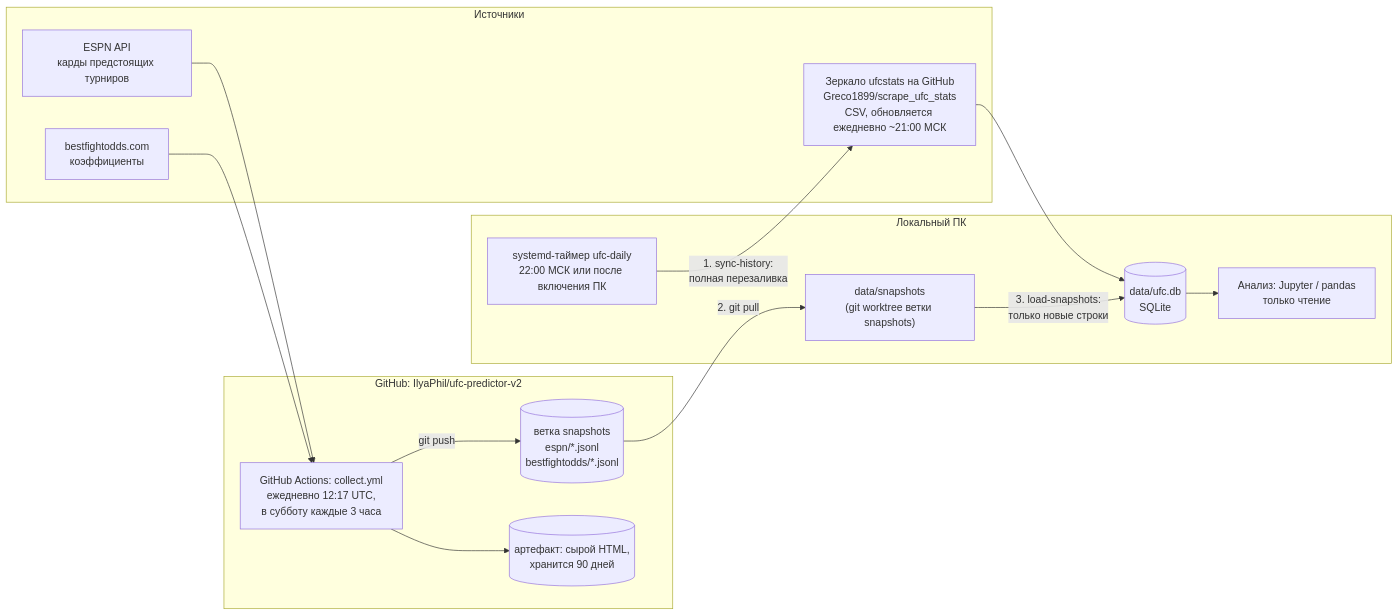
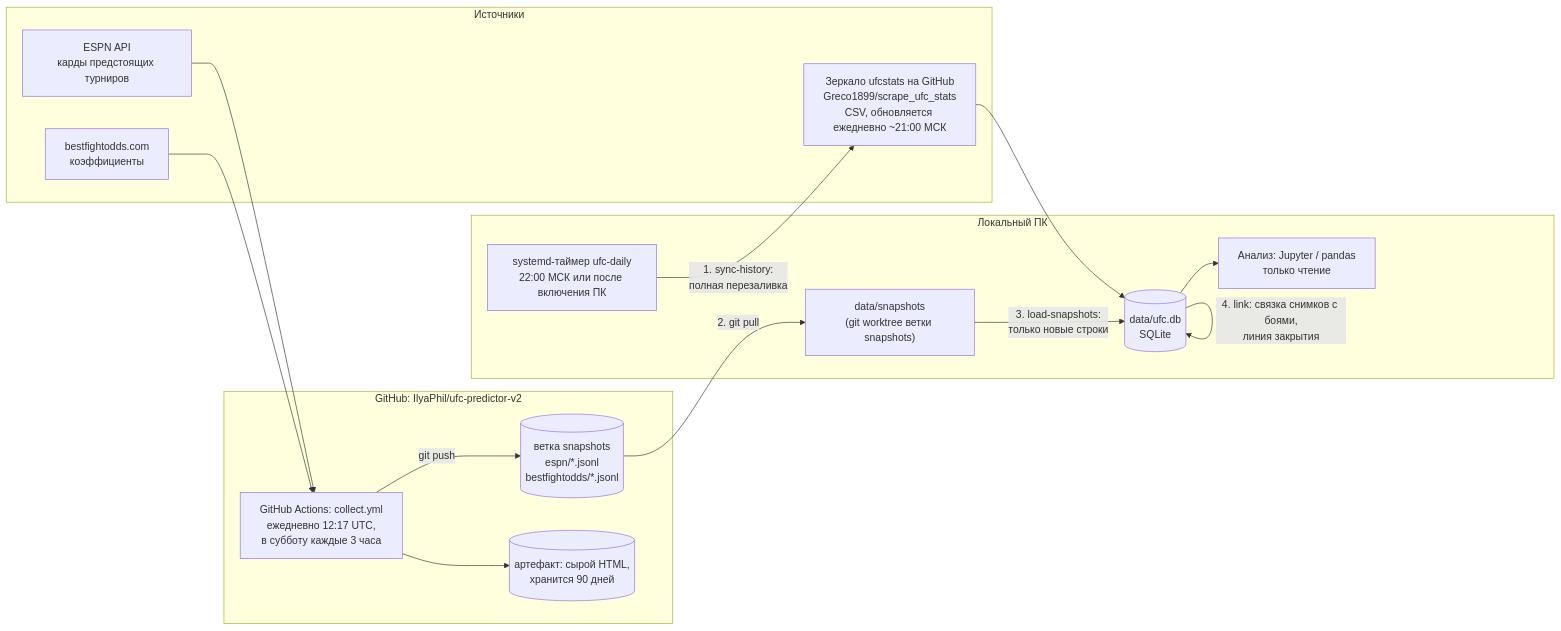
One commit to IlyaPhil/ufc-predictor-v2 changed the diagram in docs/architecture.md. Above: the diagram before and after it, drawn with Mermaid. The commit also changed other lines of this file and 7 other files, not shown here.

````diff
--- a/docs/architecture.md
+++ b/docs/architecture.md
@@ -5,31 +5,32 @@
 ```mermaid
 flowchart LR
     subgraph sources["Источники"]
         MIR["Зеркало ufcstats на GitHub<br/>Greco1899/scrape_ufc_stats<br/>CSV, обновляется ежедневно ~21:00 МСК"]
         ESPN["ESPN API<br/>карды предстоящих турниров"]
         BFO["bestfightodds.com<br/>коэффициенты"]
     end
 
     subgraph cloud["GitHub: IlyaPhil/ufc-predictor-v2"]
         GHA["GitHub Actions: collect.yml<br/>ежедневно 12:17 UTC,<br/>в субботу каждые 3 часа"]
         SNAP[("ветка snapshots<br/>espn/*.jsonl<br/>bestfightodds/*.jsonl")]
         ART[("артефакт: сырой HTML,<br/>хранится 90 дней")]
     end
 
     subgraph pc["Локальный ПК"]
         TIMER["systemd-таймер ufc-daily<br/>22:00 МСК или после включения ПК"]
         WT["data/snapshots<br/>(git worktree ветки snapshots)"]
         DB[("data/ufc.db<br/>SQLite")]
         AN["Анализ: Jupyter / pandas<br/>только чтение"]
     end
 
     ESPN --> GHA
     BFO --> GHA
     GHA -->|"git push"| SNAP
     GHA --> ART
     TIMER -->|"1. sync-history:<br/>полная перезаливка"| MIR
     MIR --> DB
     SNAP -->|"2. git pull"| WT
     WT -->|"3. load-snapshots:<br/>только новые строки"| DB
+    DB -->|"4. link: связка снимков с боями,<br/>линия закрытия"| DB
     DB --> AN
 ```
````
